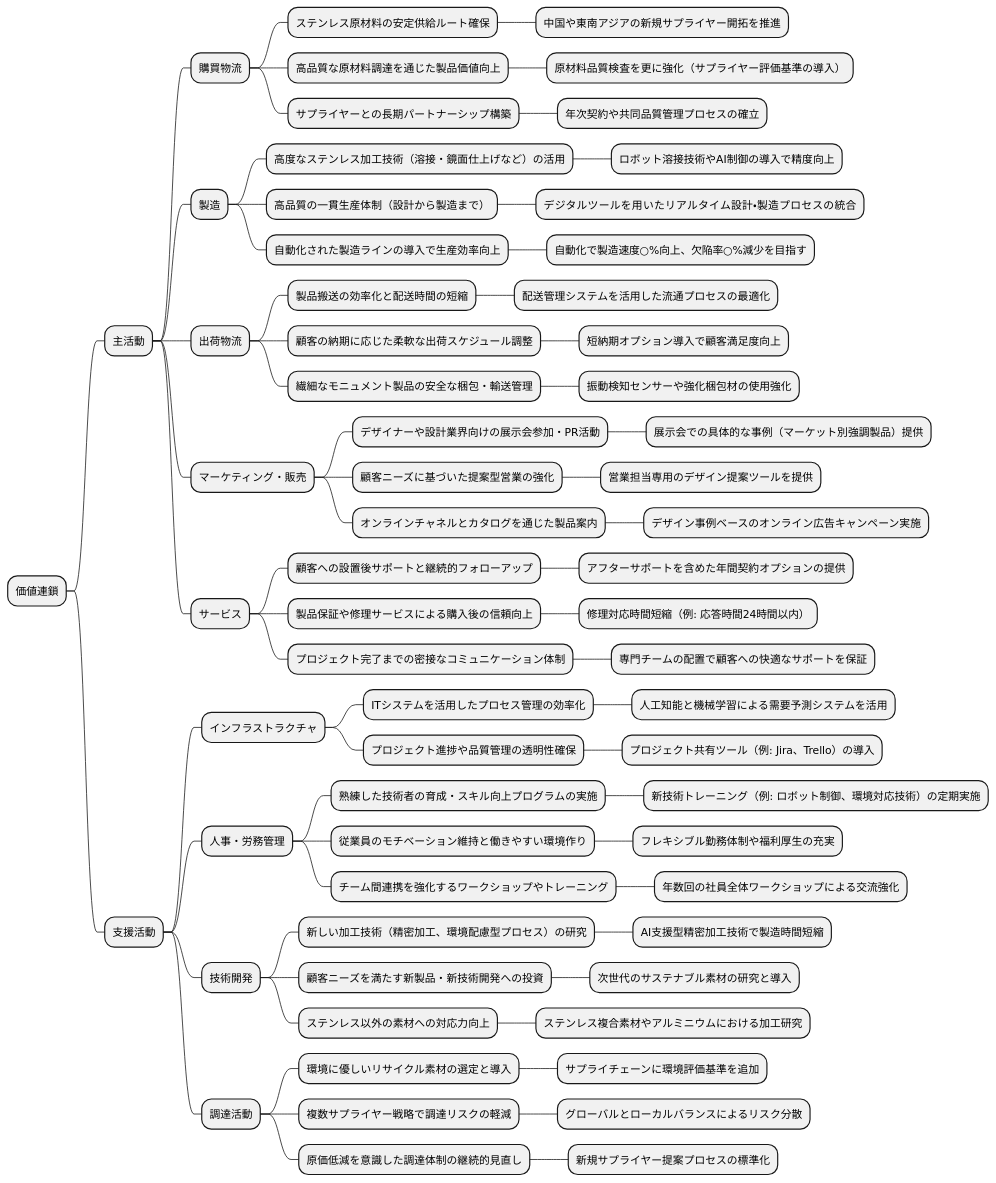
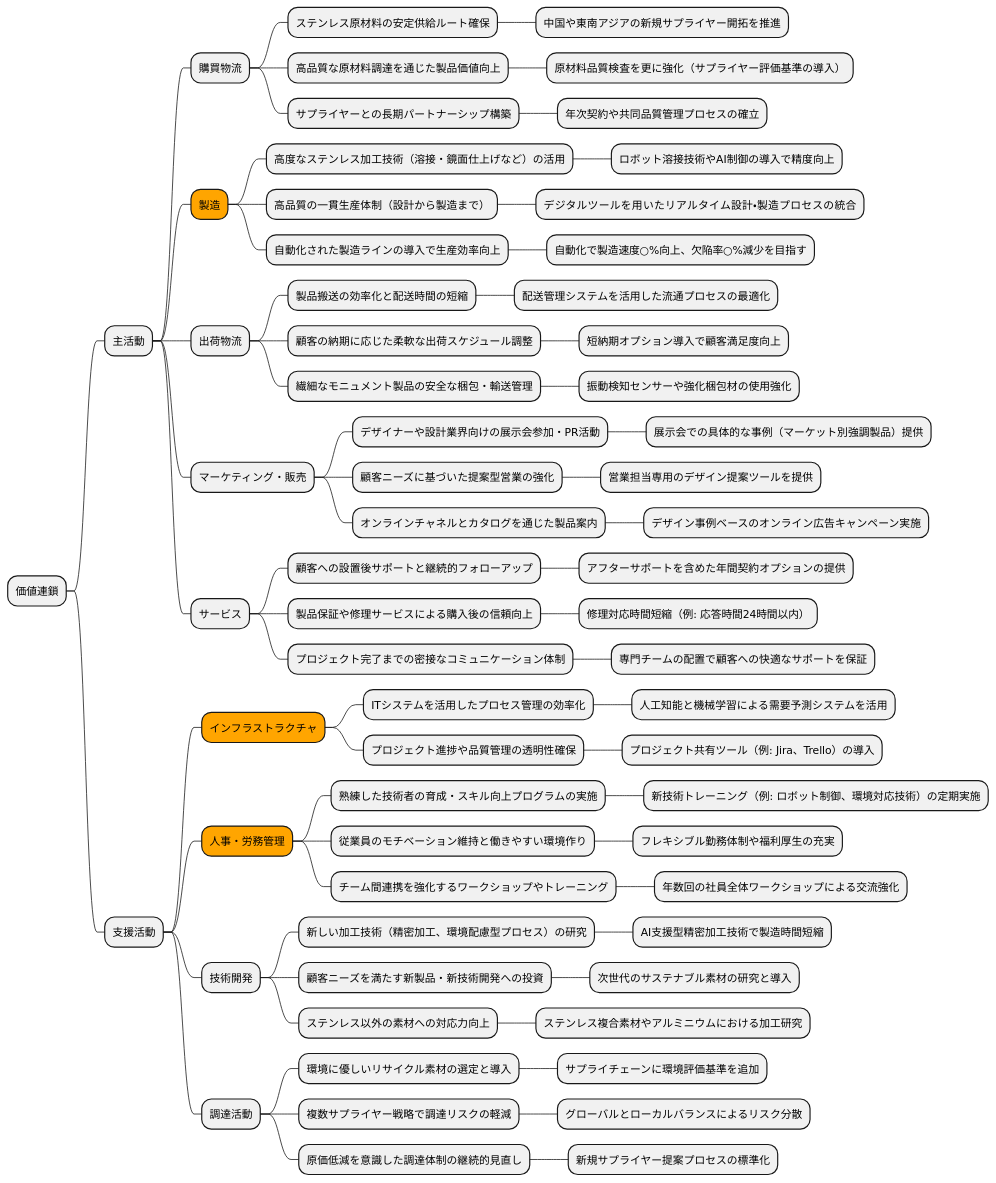
One commit to k2works/case-study-business-analysis changed the tenth of 19 diagrams in docs/case/r02_case_3.adoc. Above: the diagram before and after it, drawn with PlantUML. The commit also changed other lines of this file, not shown here.

```diff
--- a/docs/case/r02_case_3.adoc
+++ b/docs/case/r02_case_3.adoc
@@ -495,71 +499,71 @@
 [plantuml]
 ----
 @startmindmap
 
 * 価値連鎖
 ** 主活動
 *** 購買物流
 **** ステンレス原材料の安定供給ルート確保
 ***** 中国や東南アジアの新規サプライヤー開拓を推進
 **** 高品質な原材料調達を通じた製品価値向上
 ***** 原材料品質検査を更に強化（サプライヤー評価基準の導入）
 **** サプライヤーとの長期パートナーシップ構築
 ***** 年次契約や共同品質管理プロセスの確立
-*** 製造
+***[#orange] 製造
 **** 高度なステンレス加工技術（溶接・鏡面仕上げなど）の活用
 ***** ロボット溶接技術やAI制御の導入で精度向上
 **** 高品質の一貫生産体制（設計から製造まで）
 ***** デジタルツールを用いたリアルタイム設計・製造プロセスの統合
 **** 自動化された製造ラインの導入で生産効率向上
 ***** 自動化で製造速度○%向上、欠陥率○%減少を目指す
 *** 出荷物流
 **** 製品搬送の効率化と配送時間の短縮
 ***** 配送管理システムを活用した流通プロセスの最適化
 **** 顧客の納期に応じた柔軟な出荷スケジュール調整
 ***** 短納期オプション導入で顧客満足度向上
 **** 繊細なモニュメント製品の安全な梱包・輸送管理
 ***** 振動検知センサーや強化梱包材の使用強化
 *** マーケティング・販売
 **** デザイナーや設計業界向けの展示会参加・PR活動
 ***** 展示会での具体的な事例（マーケット別強調製品）提供
 **** 顧客ニーズに基づいた提案型営業の強化
 ***** 営業担当専用のデザイン提案ツールを提供
 **** オンラインチャネルとカタログを通じた製品案内
 ***** デザイン事例ベースのオンライン広告キャンペーン実施
 *** サービス
 **** 顧客への設置後サポートと継続的フォローアップ
 ***** アフターサポートを含めた年間契約オプションの提供
 **** 製品保証や修理サービスによる購入後の信頼向上
 ***** 修理対応時間短縮（例: 応答時間24時間以内）
 **** プロジェクト完了までの密接なコミュニケーション体制
 ***** 専門チームの配置で顧客への快適なサポートを保証
 ** 支援活動
-*** インフラストラクチャ
+***[#orange] インフラストラクチャ
 **** ITシステムを活用したプロセス管理の効率化
 ***** 人工知能と機械学習による需要予測システムを活用
 **** プロジェクト進捗や品質管理の透明性確保
 ***** プロジェクト共有ツール（例: Jira、Trello）の導入
-*** 人事・労務管理
+***[#orange] 人事・労務管理
 **** 熟練した技術者の育成・スキル向上プログラムの実施
 ***** 新技術トレーニング（例: ロボット制御、環境対応技術）の定期実施
 **** 従業員のモチベーション維持と働きやすい環境作り
 ***** フレキシブル勤務体制や福利厚生の充実
 **** チーム間連携を強化するワークショップやトレーニング
 ***** 年数回の社員全体ワークショップによる交流強化
 *** 技術開発
 **** 新しい加工技術（精密加工、環境配慮型プロセス）の研究
 ***** AI支援型精密加工技術で製造時間短縮
 **** 顧客ニーズを満たす新製品・新技術開発への投資
 ***** 次世代のサステナブル素材の研究と導入
 **** ステンレス以外の素材への対応力向上
 ***** ステンレス複合素材やアルミニウムにおける加工研究
 *** 調達活動
 **** 環境に優しいリサイクル素材の選定と導入
 ***** サプライチェーンに環境評価基準を追加
 **** 複数サプライヤー戦略で調達リスクの軽減
 ***** グローバルとローカルバランスによるリスク分散
 **** 原価低減を意識した調達体制の継続的見直し
 ***** 新規サプライヤー提案プロセスの標準化
 
 @endmindmap
 ----
```
